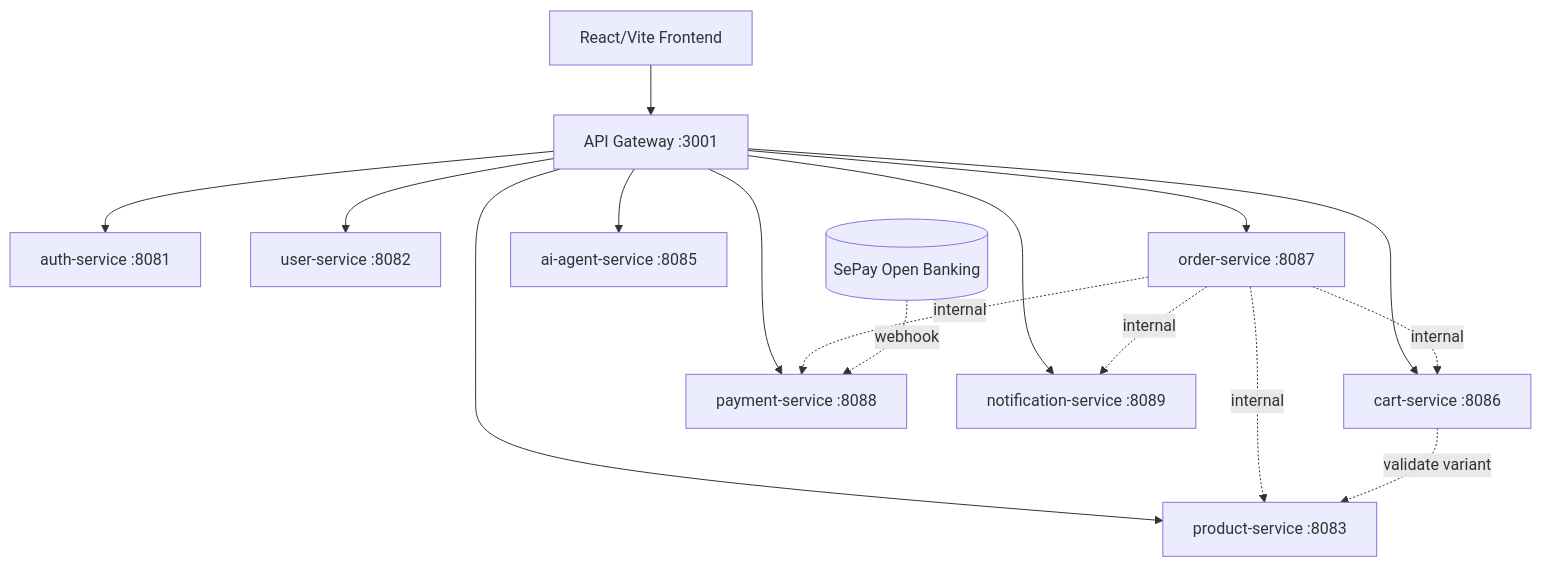
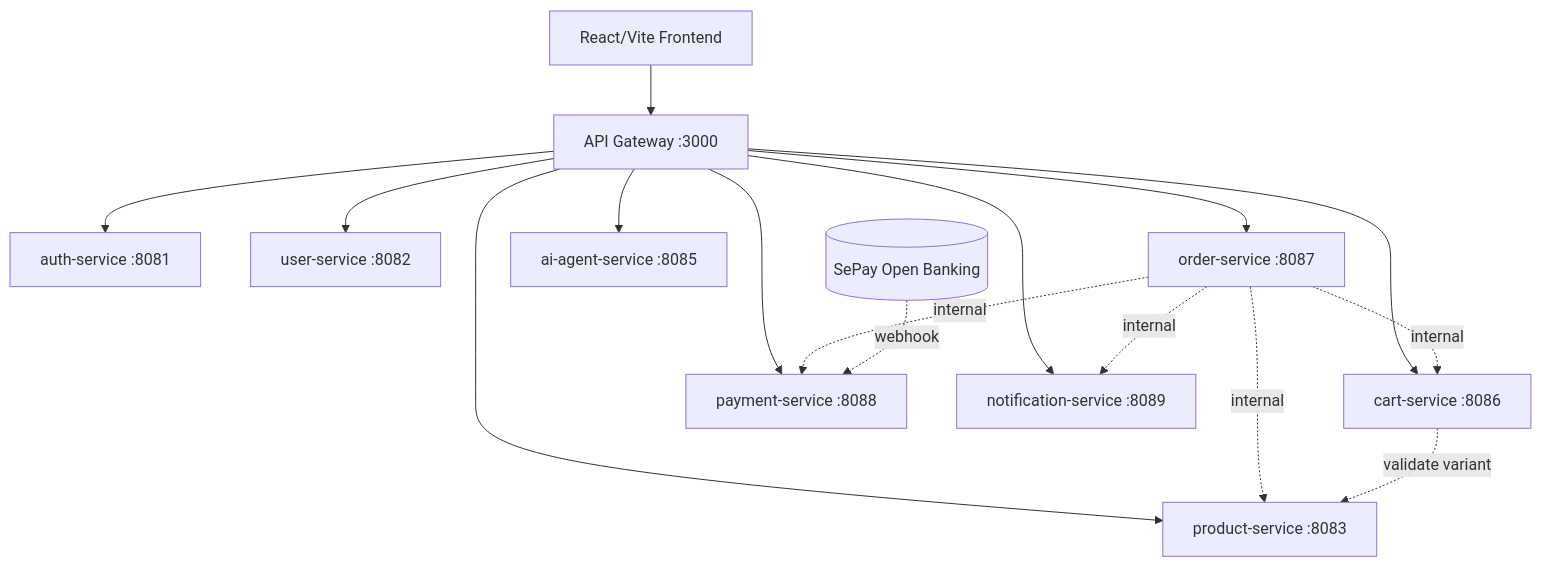
The diagram in docs/architecture/01-system-architecture.md (TinTran04/MSS301-Stylemind), drawn with Mermaid before and after one commit. The commit also changed other lines of this file and 85 other files, not shown here.

````diff
--- a/docs/architecture/01-system-architecture.md
+++ b/docs/architecture/01-system-architecture.md
@@ -9,18 +9,18 @@
 ```mermaid
 flowchart TD
-  FE[React/Vite Frontend] --> GW[API Gateway :3001]
+  FE[React/Vite Frontend] --> GW[API Gateway :3000]
   GW --> AUTH[auth-service :8081]
   GW --> USER[user-service :8082]
   GW --> PROD[product-service :8083]
   GW --> CART[cart-service :8086]
   GW --> ORDER[order-service :8087]
   GW --> PAY[payment-service :8088]
   GW --> NOTI[notification-service :8089]
   GW --> AI[ai-agent-service :8085]
   ORDER -. internal .-> CART
   ORDER -. internal .-> PROD
   ORDER -. internal .-> PAY
   ORDER -. internal .-> NOTI
   CART -. validate variant .-> PROD
   SEPAY[(SePay Open Banking)] -. webhook .-> PAY
 ```
````
